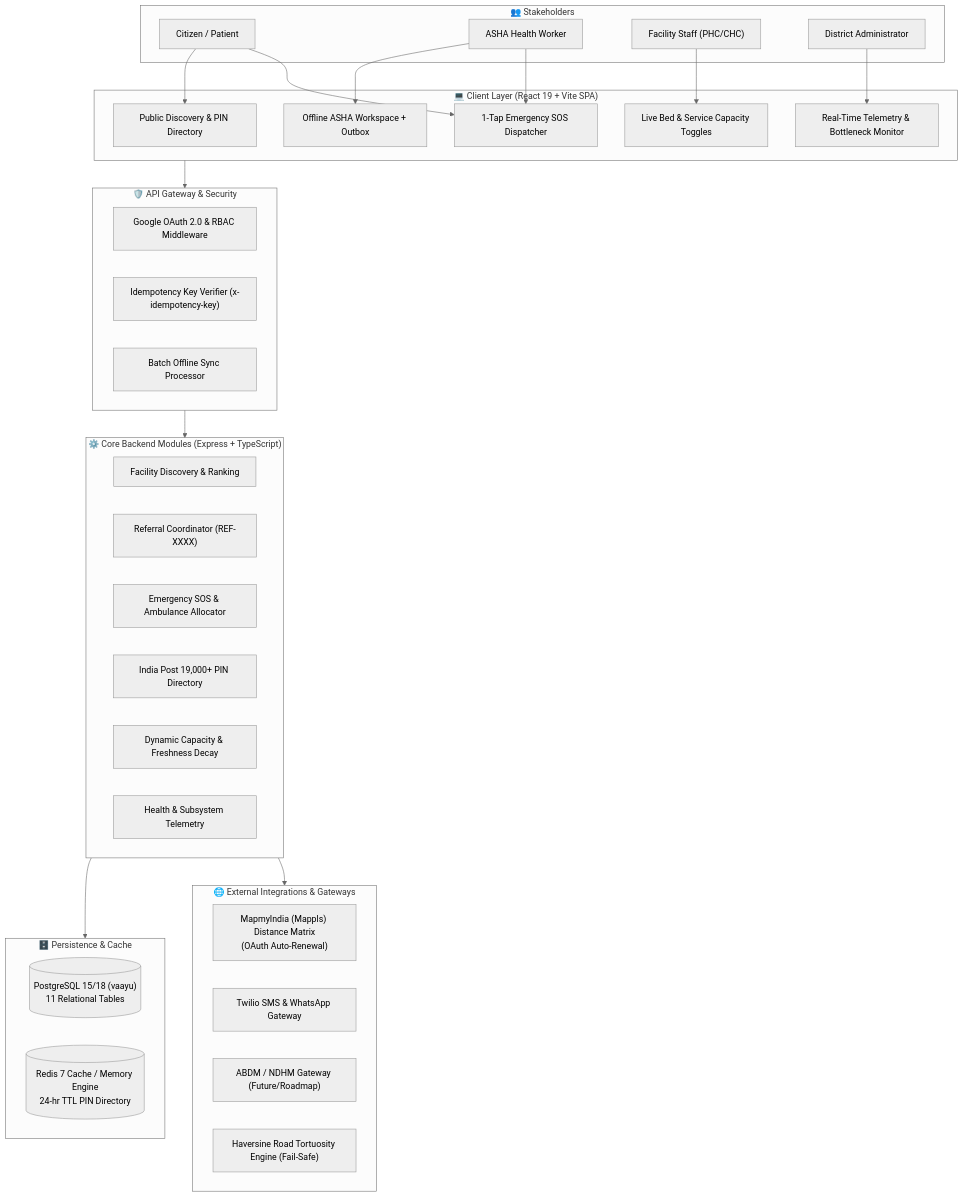
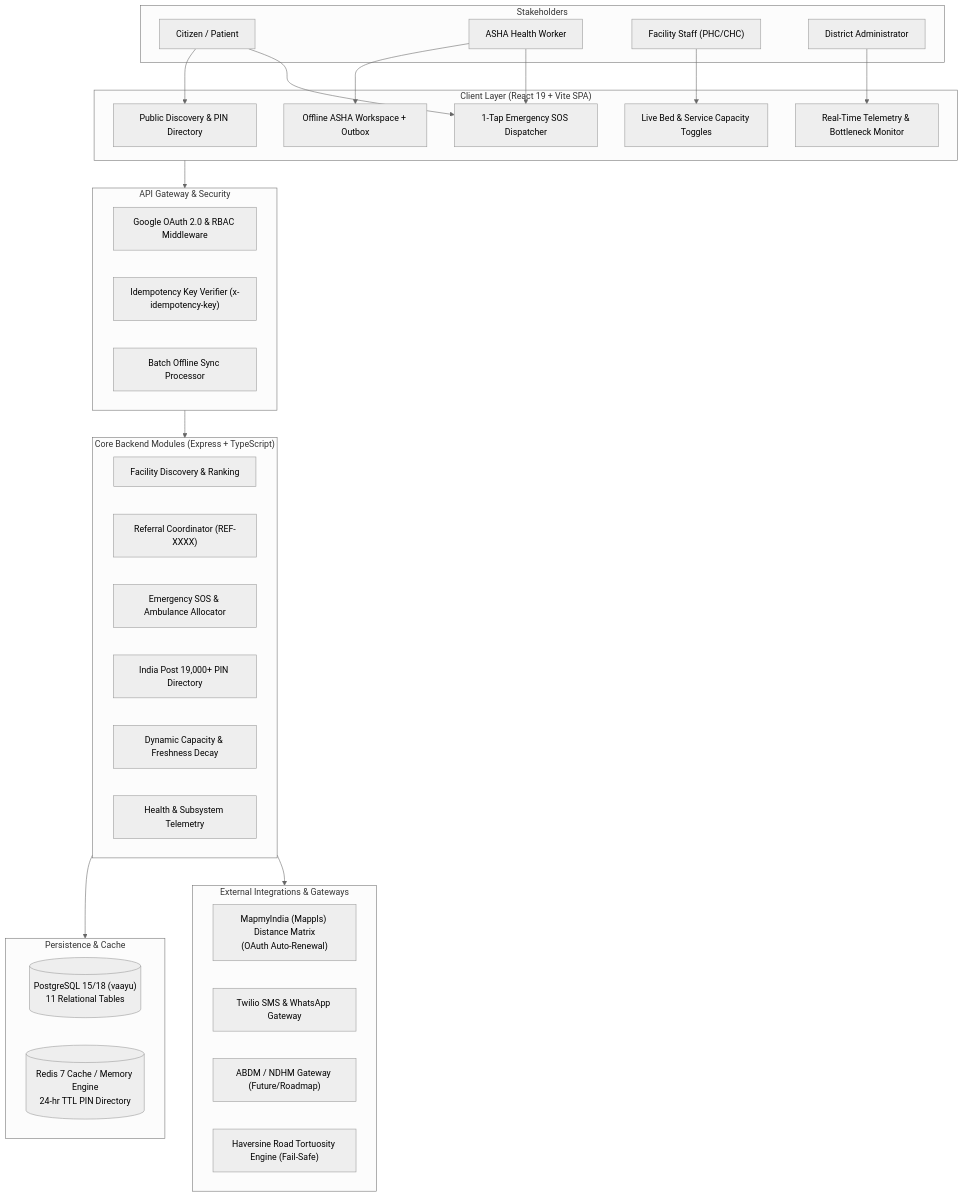
Before and after one commit to nivas4506/Vaayu: the diagram in README.md, drawn with Mermaid (neutral theme). The commit also changed other lines of this file, not shown here.

````diff
--- a/README.md
+++ b/README.md
@@ -30,54 +30,54 @@
 ```mermaid
 flowchart TB
-  subgraph Stakeholders["👥 Stakeholders"]
+  subgraph Stakeholders["Stakeholders"]
     P["Citizen / Patient"]
     ASHA["ASHA Health Worker"]
     STAFF["Facility Staff (PHC/CHC)"]
     ADMIN["District Administrator"]
   end
 
-  subgraph ClientLayer["💻 Client Layer (React 19 + Vite SPA)"]
+  subgraph ClientLayer["Client Layer (React 19 + Vite SPA)"]
     HOME["Public Discovery & PIN Directory"]
     ASHA_WS["Offline ASHA Workspace + Outbox"]
     STAFF_WS["Live Bed & Service Capacity Toggles"]
     ADMIN_WS["Real-Time Telemetry & Bottleneck Monitor"]
     SOS_UI["1-Tap Emergency SOS Dispatcher"]
   end
 
-  subgraph Gateway["🛡️ API Gateway & Security"]
+  subgraph Gateway["API Gateway & Security"]
     AUTH["Google OAuth 2.0 & RBAC Middleware"]
     IDEMP["Idempotency Key Verifier (x-idempotency-key)"]
     SYNC_PROC["Batch Offline Sync Processor"]
   end
 
-  subgraph CoreModules["⚙️ Core Backend Modules (Express + TypeScript)"]
+  subgraph CoreModules["Core Backend Modules (Express + TypeScript)"]
     DISC_MOD["Facility Discovery & Ranking"]
     REF_MOD["Referral Coordinator (REF-XXXX)"]
     SOS_MOD["Emergency SOS & Ambulance Allocator"]
     PIN_MOD["India Post 19,000+ PIN Directory"]
     CAP_MOD["Dynamic Capacity & Freshness Decay"]
     DIAG_MOD["Health & Subsystem Telemetry"]
   end
 
-  subgraph DataLayer["🗄️ Persistence & Cache"]
+  subgraph DataLayer["Persistence & Cache"]
     PG[("PostgreSQL 15/18 (vaayu)\n11 Relational Tables")]
     REDIS[("Redis 7 Cache / Memory Engine\n24-hr TTL PIN Directory")]
   end
 
-  subgraph ExternalAdapters["🌐 External Integrations & Gateways"]
+  subgraph ExternalAdapters["External Integrations & Gateways"]
     MAPPLS["MapmyIndia (Mappls) Distance Matrix\n(OAuth Auto-Renewal)"]
     TWILIO["Twilio SMS & WhatsApp Gateway"]
     ABDM["ABDM / NDHM Gateway (Future/Roadmap)"]
     HAVERSINE["Haversine Road Tortuosity Engine (Fail-Safe)"]
   end
 
   P --> HOME & SOS_UI
   ASHA --> ASHA_WS & SOS_UI
   STAFF --> STAFF_WS
   ADMIN --> ADMIN_WS
 
   ClientLayer --> Gateway
   Gateway --> CoreModules
   CoreModules --> DataLayer
   CoreModules --> ExternalAdapters
 ```
````
